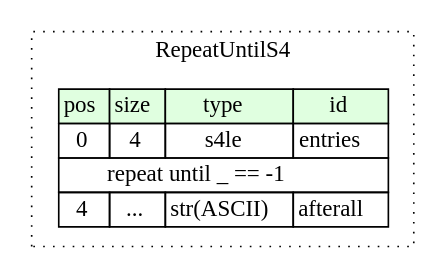
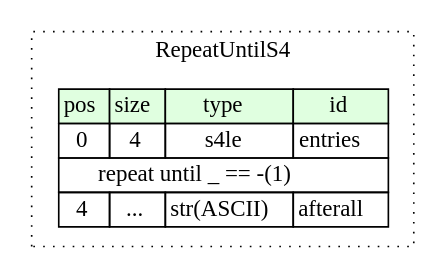
Before and after one commit to kaitai-io/ci_targets: the diagram in compiled/graphviz/repeat_until_s4.dot, drawn with Graphviz. The commit also changed 1059 other files, not shown here.

```diff
--- a/compiled/graphviz/repeat_until_s4.dot
+++ b/compiled/graphviz/repeat_until_s4.dot
@@ -1,15 +1,15 @@
 digraph {
 	rankdir=LR;
 	node [shape=plaintext];
 	subgraph cluster__repeat_until_s4 {
 		label="RepeatUntilS4";
 		graph[style=dotted];
 
 		repeat_until_s4__seq [label=<<TABLE BORDER="0" CELLBORDER="1" CELLSPACING="0">
 			<TR><TD BGCOLOR="#E0FFE0">pos</TD><TD BGCOLOR="#E0FFE0">size</TD><TD BGCOLOR="#E0FFE0">type</TD><TD BGCOLOR="#E0FFE0">id</TD></TR>
 			<TR><TD PORT="entries_pos">0</TD><TD PORT="entries_size">4</TD><TD>s4le</TD><TD PORT="entries_type">entries</TD></TR>
-			<TR><TD COLSPAN="4" PORT="entries__repeat">repeat until _ == -1</TD></TR>
+			<TR><TD COLSPAN="4" PORT="entries__repeat">repeat until _ == -(1)</TD></TR>
 			<TR><TD PORT="afterall_pos">4</TD><TD PORT="afterall_size">...</TD><TD>str(ASCII)</TD><TD PORT="afterall_type">afterall</TD></TR>
 		</TABLE>>];
 	}
 }
```
